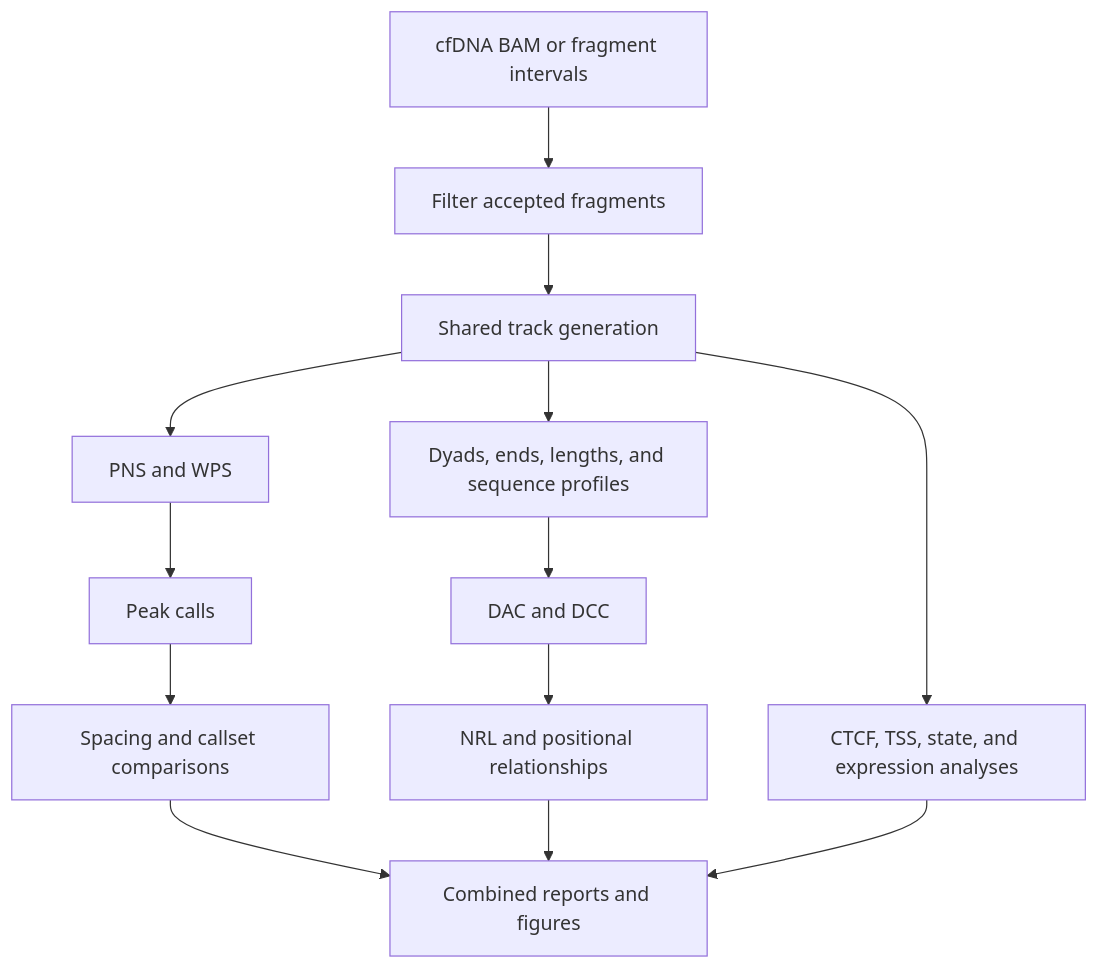
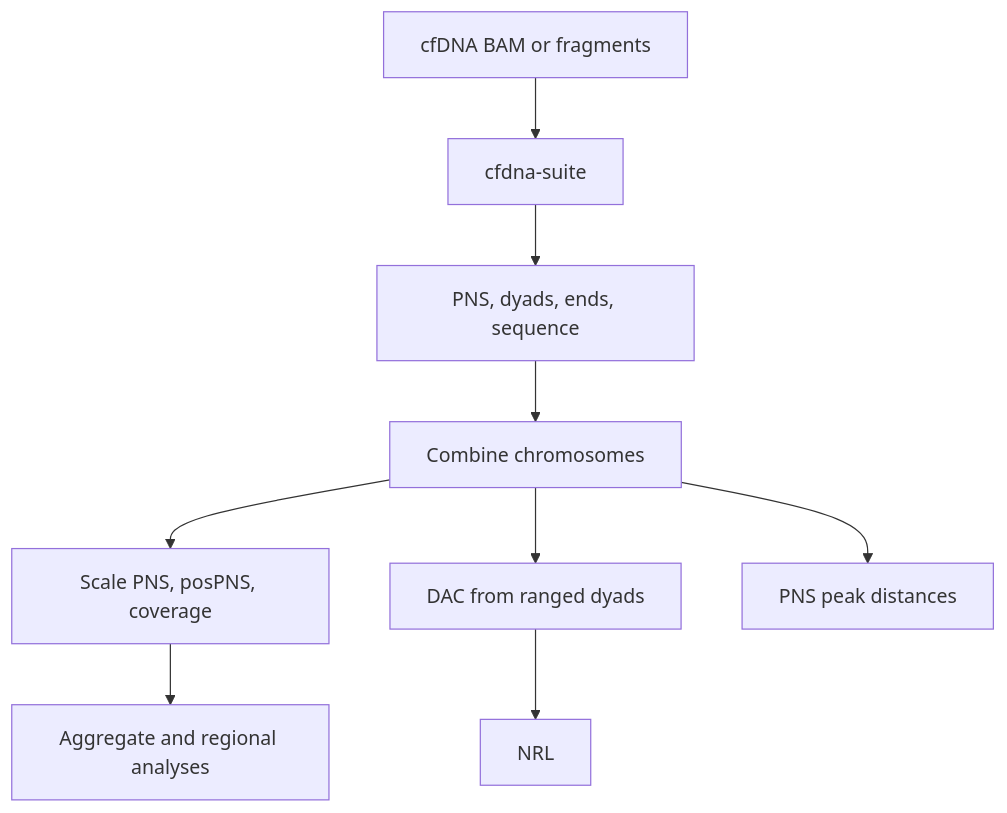
The diagram in docs/commands/cfdna-suite.md (adjohnston85/NucleoSuite), drawn with Mermaid before and after one commit. The commit also changed other lines of this file and 23 other files, not shown here.

````diff
--- a/docs/commands/cfdna-suite.md
+++ b/docs/commands/cfdna-suite.md
@@ -29,15 +25,11 @@
 ```mermaid
 flowchart TB
-    A[cfDNA BAM or fragment intervals] --> B[Filter accepted fragments]
-    B --> C[Shared track generation]
-    C --> D[PNS and WPS]
-    C --> E[Dyads, ends, lengths, and sequence profiles]
-    D --> F[Peak calls]
-    E --> G[DAC and DCC]
-    F --> H[Spacing and callset comparisons]
-    G --> I[NRL and positional relationships]
-    C --> J[CTCF, TSS, state, and expression analyses]
-    H --> K[Combined reports and figures]
-    I --> K
-    J --> K
+    A[cfDNA BAM or fragments] --> B[cfdna-suite]
+    B --> C[PNS, dyads, ends, sequence]
+    C --> D[Combine chromosomes]
+    D --> E[Scale PNS, posPNS, coverage]
+    D --> F[DAC from ranged dyads]
+    F --> G[NRL]
+    E --> H[Aggregate and regional analyses]
+    D --> I[PNS peak distances]
 ```
````
